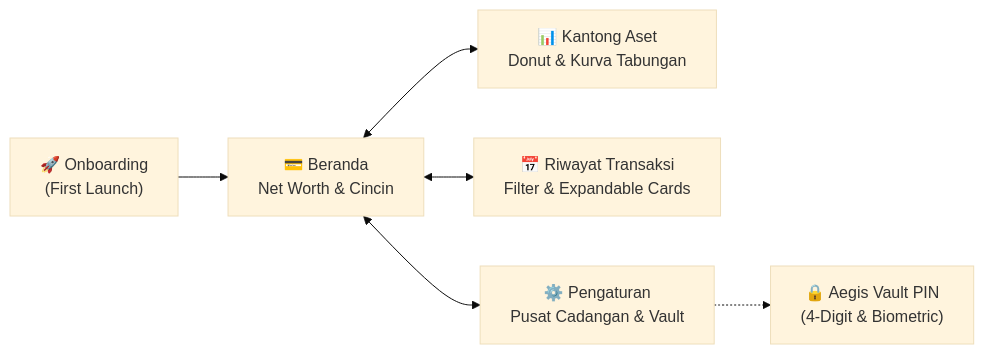
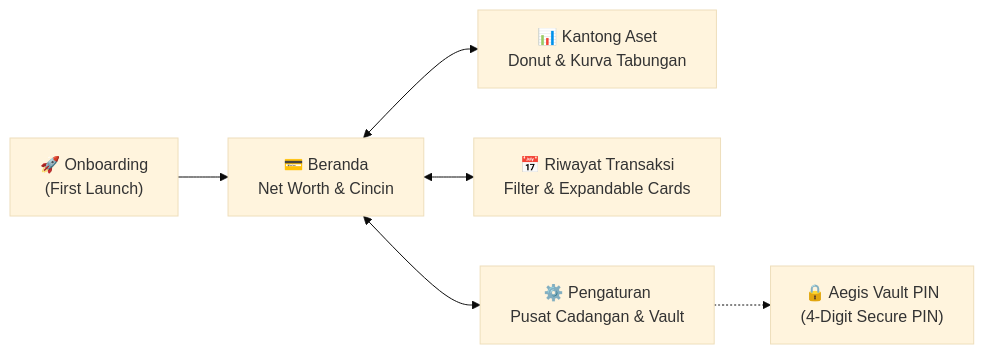
Before and after one commit to M-Aqilaz/Aegis-Finance-Track: the diagram in README.md, drawn with Mermaid (base theme). The commit also changed other lines of this file and 3 other files, not shown here.

Commit message:
fix: remove non-functional biometric button from PIN screen and settings, update PIN screenshot

````diff
--- a/README.md
+++ b/README.md
@@ -78,8 +78,8 @@
 ```mermaid
 flowchart LR
     A["🚀 Onboarding<br/>(First Launch)"] --> B["💳 Beranda<br/>Net Worth & Cincin"]
     B <--> C["📊 Kantong Aset<br/>Donut & Kurva Tabungan"]
     B <--> D["📅 Riwayat Transaksi<br/>Filter & Expandable Cards"]
     B <--> E["⚙️ Pengaturan<br/>Pusat Cadangan & Vault"]
-    E -.-> F["🔒 Aegis Vault PIN<br/>(4-Digit & Biometric)"]
+    E -.-> F["🔒 Aegis Vault PIN<br/>(4-Digit Secure PIN)"]
 ```
````
